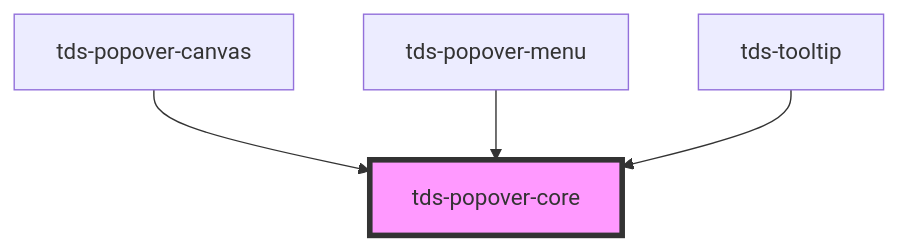
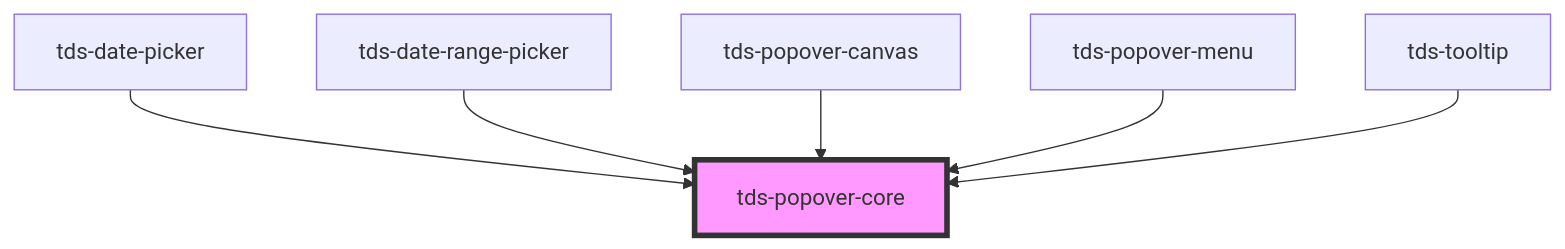
Before and after one commit to scania-digital-design-system/tegel: the diagram in packages/core/src/components/popover-core/readme.md, drawn with Mermaid. The commit also changed other lines of this file and 27 other files, not shown here.

````diff
--- a/packages/core/src/components/popover-core/readme.md
+++ b/packages/core/src/components/popover-core/readme.md
@@ -32,7 +34,9 @@
 ```mermaid
 graph TD;
+  tds-date-picker --> tds-popover-core
+  tds-date-range-picker --> tds-popover-core
   tds-popover-canvas --> tds-popover-core
   tds-popover-menu --> tds-popover-core
   tds-tooltip --> tds-popover-core
   style tds-popover-core fill:#f9f,stroke:#333,stroke-width:4px
 ```
````
